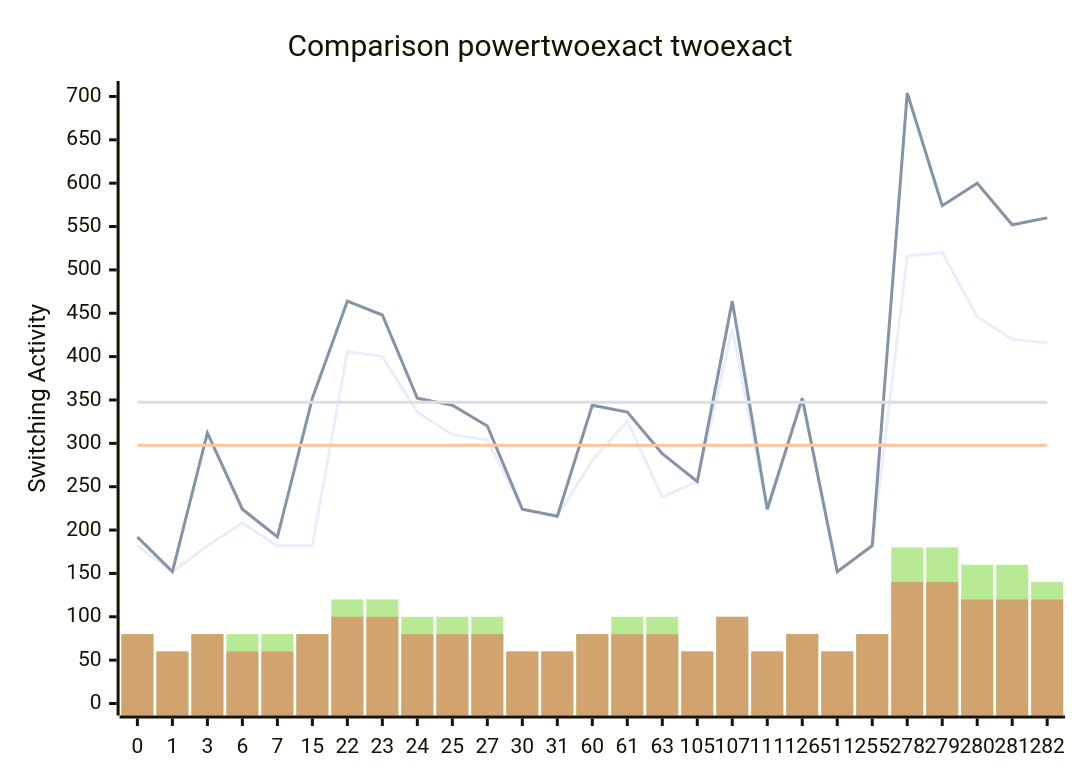
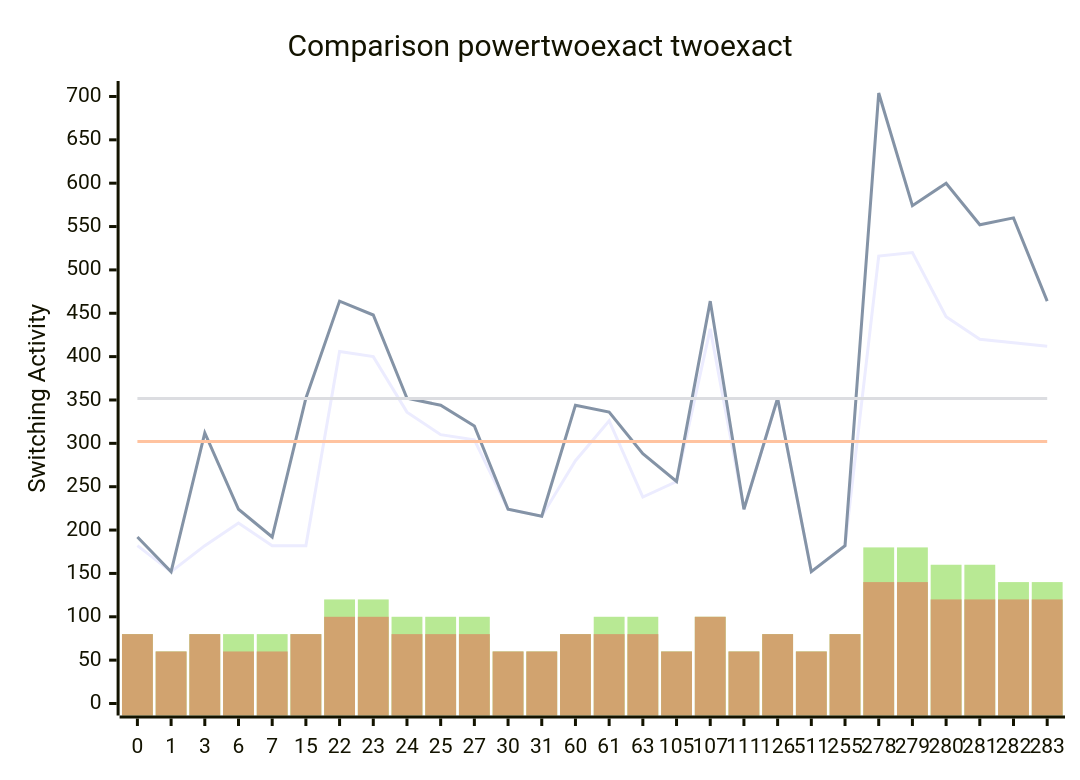
One commit to FeldmeierMichael/Exact-Power-Synthesis changed the diagram in benchmark_opt.md. Above: the diagram before and after it, drawn with Mermaid. The commit also changed other lines of this file, not shown here.

````diff
--- a/benchmark_opt.md
+++ b/benchmark_opt.md
@@ -59,12 +61,12 @@
 ```mermaid
 xychart-beta
     title "Comparison powertwoexact twoexact"
-    x-axis [0, 1, 3, 6, 7, 15, 22, 23, 24, 25, 27, 30, 31, 60, 61, 63, 105, 107, 111, 126, 511, 255, 278, 279, 280, 281, 282]
+    x-axis [0, 1, 3, 6, 7, 15, 22, 23, 24, 25, 27, 30, 31, 60, 61, 63, 105, 107, 111, 126, 511, 255, 278, 279, 280, 281, 282, 283]
     y-axis "Switching Activity" 0-->704
-    line [182, 152, 182, 208, 182, 182, 406, 400, 336, 310, 304, 224, 216, 280, 326, 238, 256, 432, 224, 352, 152, 182, 516, 520, 446, 420, 416]
-    line [192, 152, 312, 224, 192, 352, 464, 448, 352, 344, 320, 224, 216, 344, 336, 288, 256, 464, 224, 352, 152, 182, 704, 574, 600, 552, 560]
-    line [297.9259259259259, 297.9259259259259, 297.9259259259259, 297.9259259259259, 297.9259259259259, 297.9259259259259, 297.9259259259259, 297.9259259259259, 297.9259259259259, 297.9259259259259, 297.9259259259259, 297.9259259259259, 297.9259259259259, 297.9259259259259, 297.9259259259259, 297.9259259259259, 297.9259259259259, 297.9259259259259, 297.9259259259259, 297.9259259259259, 297.9259259259259, 297.9259259259259, 297.9259259259259, 297.9259259259259, 297.9259259259259, 297.9259259259259, 297.9259259259259]
-    line [347.4074074074074, 347.4074074074074, 347.4074074074074, 347.4074074074074, 347.4074074074074, 347.4074074074074, 347.4074074074074, 347.4074074074074, 347.4074074074074, 347.4074074074074, 347.4074074074074, 347.4074074074074, 347.4074074074074, 347.4074074074074, 347.4074074074074, 347.4074074074074, 347.4074074074074, 347.4074074074074, 347.4074074074074, 347.4074074074074, 347.4074074074074, 347.4074074074074, 347.4074074074074, 347.4074074074074, 347.4074074074074, 347.4074074074074, 347.4074074074074]
-    bar [80, 60, 80, 80, 80, 80, 120, 120, 100, 100, 100, 60, 60, 80, 100, 100, 60, 100, 60, 80, 60, 80, 180, 180, 160, 160, 140]
-    bar [80, 60, 80, 60, 60, 80, 100, 100, 80, 80, 80, 60, 60, 80, 80, 80, 60, 100, 60, 80, 60, 80, 140, 140, 120, 120, 120]
+    line [182, 152, 182, 208, 182, 182, 406, 400, 336, 310, 304, 224, 216, 280, 326, 238, 256, 432, 224, 352, 152, 182, 516, 520, 446, 420, 416, 412]
+    line [192, 152, 312, 224, 192, 352, 464, 448, 352, 344, 320, 224, 216, 344, 336, 288, 256, 464, 224, 352, 152, 182, 704, 574, 600, 552, 560, 464]
+    line [302.0, 302.0, 302.0, 302.0, 302.0, 302.0, 302.0, 302.0, 302.0, 302.0, 302.0, 302.0, 302.0, 302.0, 302.0, 302.0, 302.0, 302.0, 302.0, 302.0, 302.0, 302.0, 302.0, 302.0, 302.0, 302.0, 302.0, 302.0]
+    line [351.57142857142856, 351.57142857142856, 351.57142857142856, 351.57142857142856, 351.57142857142856, 351.57142857142856, 351.57142857142856, 351.57142857142856, 351.57142857142856, 351.57142857142856, 351.57142857142856, 351.57142857142856, 351.57142857142856, 351.57142857142856, 351.57142857142856, 351.57142857142856, 351.57142857142856, 351.57142857142856, 351.57142857142856, 351.57142857142856, 351.57142857142856, 351.57142857142856, 351.57142857142856, 351.57142857142856, 351.57142857142856, 351.57142857142856, 351.57142857142856, 351.57142857142856]
+    bar [80, 60, 80, 80, 80, 80, 120, 120, 100, 100, 100, 60, 60, 80, 100, 100, 60, 100, 60, 80, 60, 80, 180, 180, 160, 160, 140, 140]
+    bar [80, 60, 80, 60, 60, 80, 100, 100, 80, 80, 80, 60, 60, 80, 80, 80, 60, 100, 60, 80, 60, 80, 140, 140, 120, 120, 120, 120]
 ```
````
